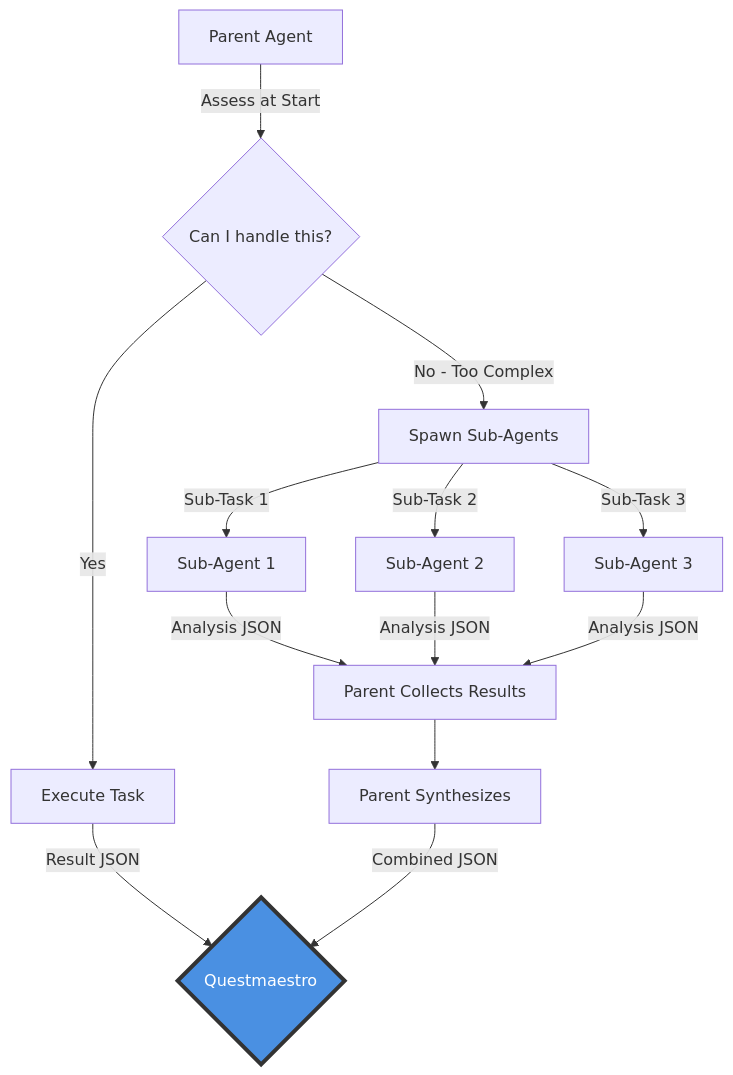
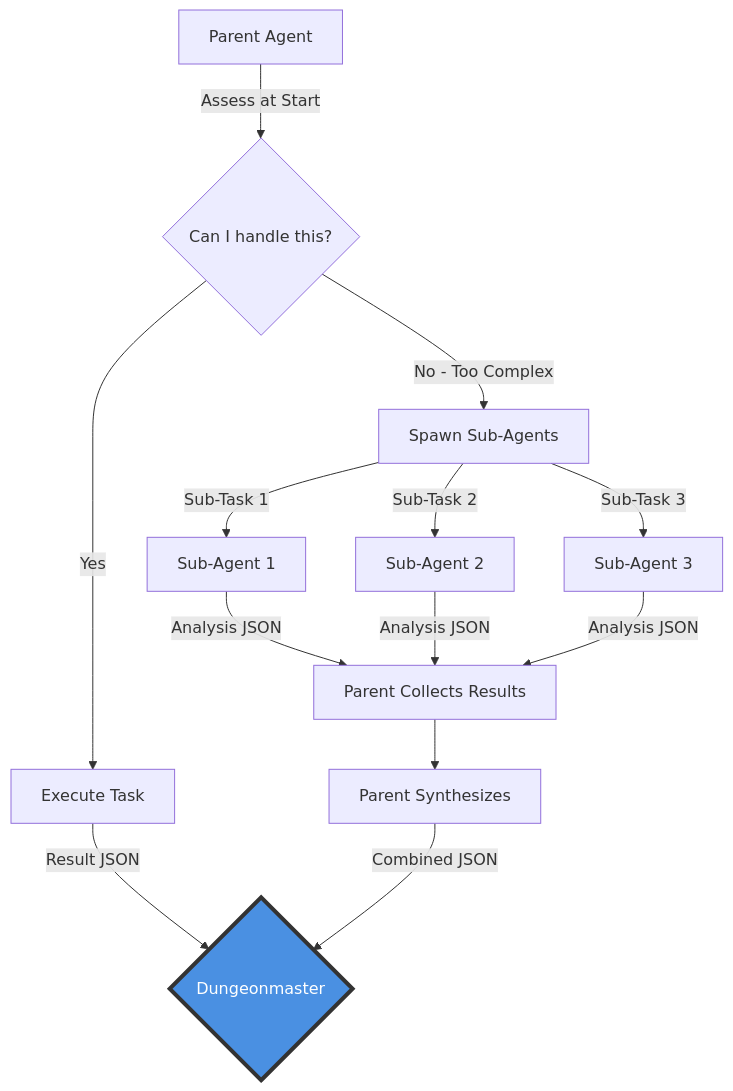
The third of 8 diagrams in llm-madness/framework/orchestration-flows.md (StupidIncarnate/codex-of-consentient-craft), drawn with Mermaid before and after one commit. The commit also changed other lines of this file and 364 other files, not shown here.

````diff
--- a/llm-madness/framework/orchestration-flows.md
+++ b/llm-madness/framework/orchestration-flows.md
@@ -105,22 +102,21 @@
 ```mermaid
 flowchart TD
     PA[Parent Agent] -->|Assess at Start| Dec{Can I handle this?}
     
     Dec -->|No - Too Complex| Spawn[Spawn Sub-Agents]
     Dec -->|Yes| Execute[Execute Task]
     
     Spawn -->|Sub-Task 1| SA1[Sub-Agent 1]
     Spawn -->|Sub-Task 2| SA2[Sub-Agent 2]
     Spawn -->|Sub-Task 3| SA3[Sub-Agent 3]
     
     SA1 -->|Analysis JSON| Collect[Parent Collects Results]
     SA2 -->|Analysis JSON| Collect
     SA3 -->|Analysis JSON| Collect
     
     Collect --> Synthesize[Parent Synthesizes]
-    
-    Execute -->|Result JSON| QM{Questmaestro}
+    Execute -->|Result JSON| QM{Dungeonmaster}
     Synthesize -->|Combined JSON| QM
     
     style QM fill:#4a90e2,stroke:#333,stroke-width:4px,color:#fff
 ```
````
